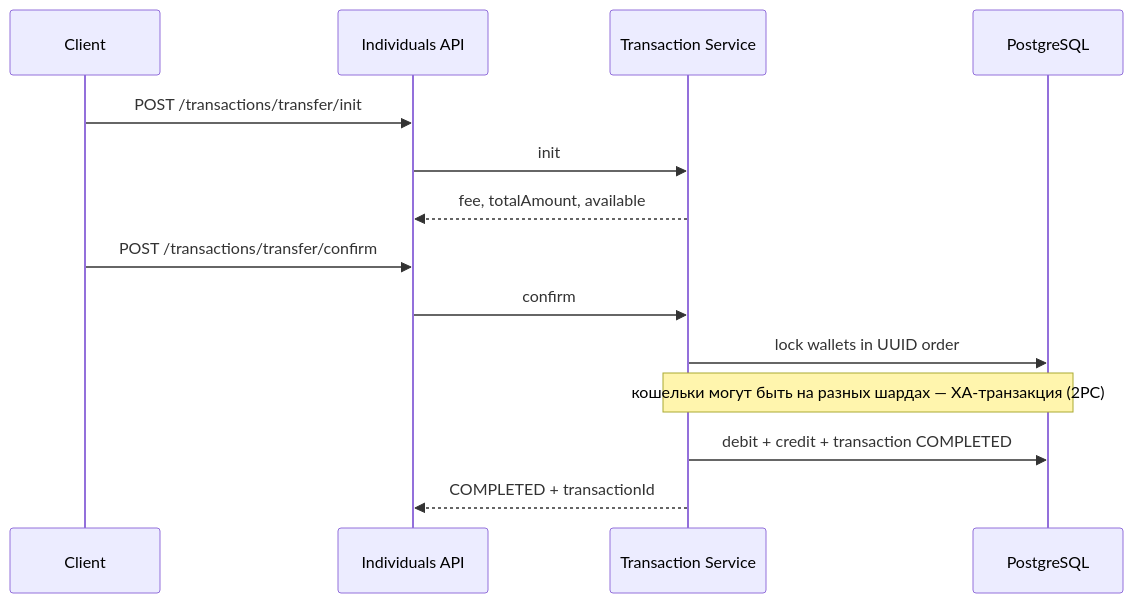
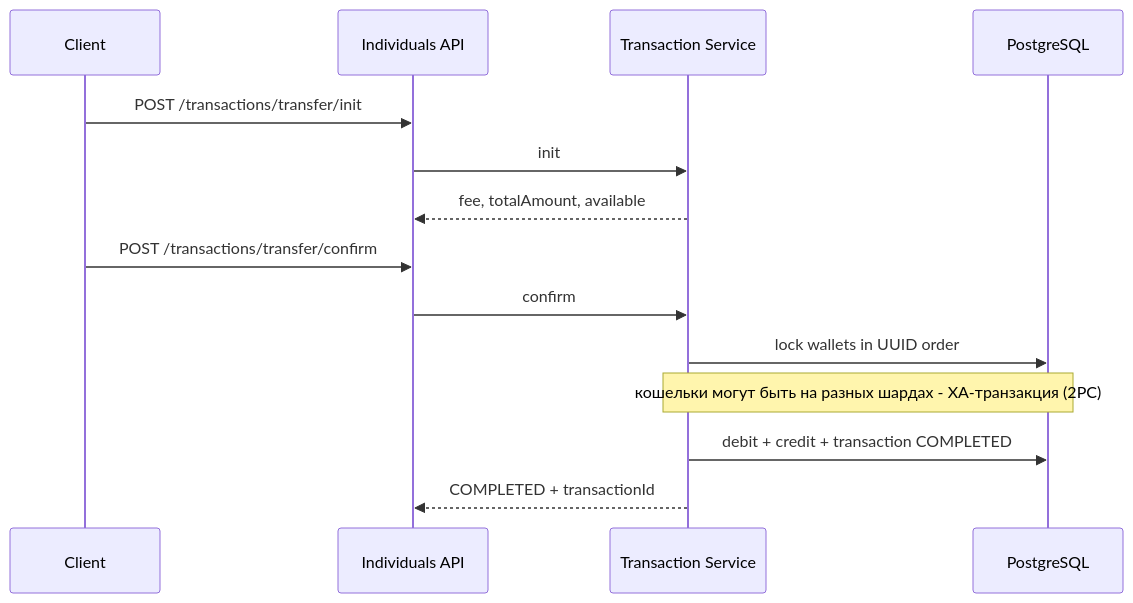
Before and after one commit to ekadov/payment-system: the third of 4 diagrams in docs/transaction-architecture.md, drawn with Mermaid. The commit also changed other lines of this file and 6 other files, not shown here.

````diff
--- a/docs/transaction-architecture.md
+++ b/docs/transaction-architecture.md
@@ -72,16 +59,16 @@
 ```mermaid
 sequenceDiagram
     participant C as Client
     participant I as Individuals API
     participant T as Transaction Service
     participant DB as PostgreSQL
     C->>I: POST /transactions/transfer/init
     I->>T: init
     T-->>I: fee, totalAmount, available
     C->>I: POST /transactions/transfer/confirm
     I->>T: confirm
     T->>DB: lock wallets in UUID order
-    Note over T,DB: кошельки могут быть на разных шардах — XA-транзакция (2PC)
+    Note over T,DB: кошельки могут быть на разных шардах - XA-транзакция (2PC)
     T->>DB: debit + credit + transaction COMPLETED
     T-->>I: COMPLETED + transactionId
 ```
````
